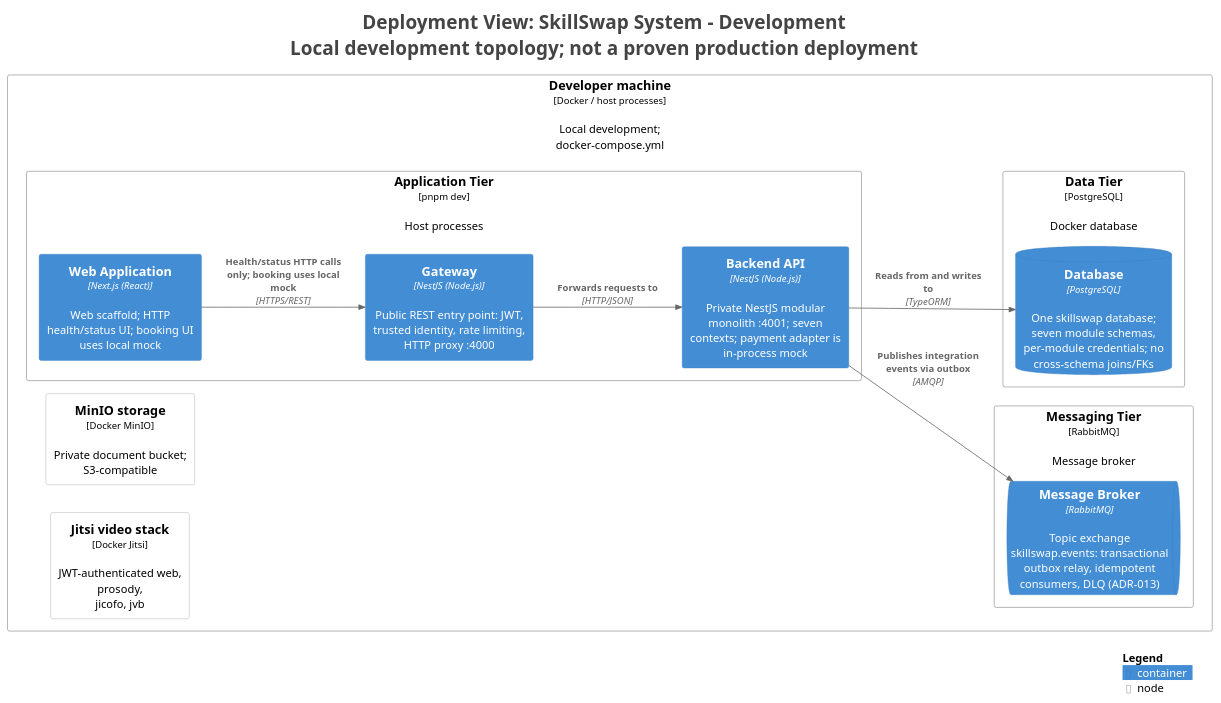
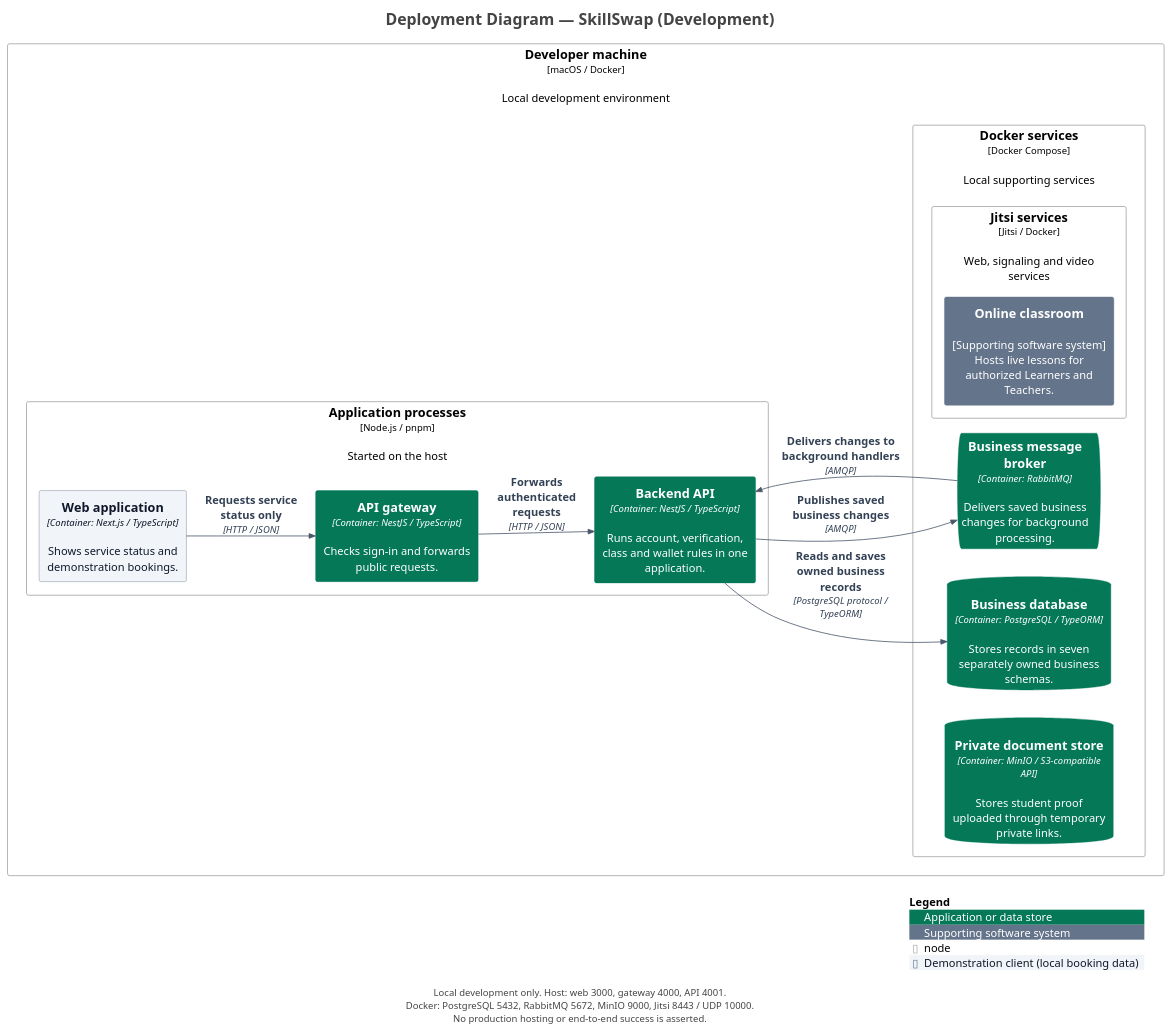
Before and after one commit to trankien022/SkillSwap: the diagram in docs/diagrams/c4/source/structurizr-Deployment.puml, drawn with PlantUML. The commit also changed 62 other files, not shown here.

First line of the commit message:
docs(diagrams): refresh diagrams against current code

```diff
--- a/docs/diagrams/c4/source/structurizr-Deployment.puml
+++ b/docs/diagrams/c4/source/structurizr-Deployment.puml
@@ -1,45 +1,61 @@
 @startuml
-title <size:24>Deployment View: SkillSwap System - Development</size>\n<size:24>Local development topology; not a proven production deployment</size>
+title Deployment Diagram — SkillSwap (Development)
 
 set separator none
 left to right direction
 
 <style>
   root {
     BackgroundColor: #ffffff
     FontColor: #444444
   }
 </style>
 
 !include <C4/C4>
 !include <C4/C4_Context>
 !include <C4/C4_Container>
 !include <C4/C4_Deployment>
 
-Deployment_Node(Development.Developermachine, "Developer machine", $type="Docker / host processes", $descr="Local development; docker-compose.yml", $tags="", $link="") {
-  Deployment_Node(Development.Developermachine.ApplicationTier, "Application Tier", $type="pnpm dev", $descr="Host processes", $tags="", $link="") {
-    Container(Development.Developermachine.ApplicationTier.WebApplication_1, "Web Application", $techn="Next.js (React)", $descr="Web scaffold; HTTP health/status UI; booking UI uses local mock", $tags="", $link="")
-    Container(Development.Developermachine.ApplicationTier.Gateway_1, "Gateway", $techn="NestJS (Node.js)", $descr="Public REST entry point: JWT, trusted identity, rate limiting, HTTP proxy :4000", $tags="", $link="")
-    Container(Development.Developermachine.ApplicationTier.BackendAPI_1, "Backend API", $techn="NestJS (Node.js)", $descr="Private NestJS modular monolith :4001; seven contexts; payment adapter is in-process mock", $tags="", $link="")
+' Presentation only: model elements and relationships come from workspace.dsl.
+skinparam defaultFontName Arial
+skinparam defaultFontSize 14
+skinparam shadowing false
+skinparam nodesep 35
+skinparam ranksep 45
+skinparam footerFontSize 12
+skinparam titleFontSize 20
+UpdateElementStyle("person", $bgColor="#0F172A", $fontColor="#FFFFFF", $borderColor="#0F172A", $legendText="Person")
+UpdateElementStyle("system", $bgColor="#047857", $fontColor="#FFFFFF", $borderColor="#047857", $legendText="Software system in scope")
+UpdateElementStyle("external_system", $bgColor="#64748B", $fontColor="#FFFFFF", $borderColor="#64748B", $legendText="Supporting software system")
+UpdateElementStyle("container", $bgColor="#047857", $fontColor="#FFFFFF", $borderColor="#047857", $legendText="Application or data store")
+UpdateRelStyle($lineColor="#475569", $textColor="#334155")
+AddElementTag("Demo", $bgColor="#F1F5F9", $fontColor="#0F172A", $borderColor="#64748B", $legendText="Demonstration client (local booking data)")
+
+Deployment_Node(Development.Developermachine, "Developer machine", $type="macOS / Docker", $descr="Local development environment", $tags="", $link="") {
+  Deployment_Node(Development.Developermachine.Applicationprocesses, "Application processes", $type="Node.js / pnpm", $descr="Started on the host", $tags="", $link="") {
+    Container(Development.Developermachine.Applicationprocesses.Webapplication_1, "Web application", $techn="Container: Next.js / TypeScript", $descr="Shows service status and demonstration bookings.", $tags="Demo", $link="")
+    Container(Development.Developermachine.Applicationprocesses.APIgateway_1, "API gateway", $techn="Container: NestJS / TypeScript", $descr="Checks sign-in and forwards public requests.", $tags="", $link="")
+    Container(Development.Developermachine.Applicationprocesses.BackendAPI_1, "Backend API", $techn="Container: NestJS / TypeScript", $descr="Runs account, verification, class and wallet rules in one application.", $tags="", $link="")
   }
 
-  Deployment_Node(Development.Developermachine.MessagingTier, "Messaging Tier", $type="RabbitMQ", $descr="Message broker", $tags="", $link="") {
-    ContainerQueue(Development.Developermachine.MessagingTier.MessageBroker_1, "Message Broker", $techn="RabbitMQ", $descr="Topic exchange skillswap.events: transactional outbox relay, idempotent consumers, DLQ (ADR-013)", $tags="", $link="")
-  }
+  Deployment_Node(Development.Developermachine.Dockerservices, "Docker services", $type="Docker Compose", $descr="Local supporting services", $tags="", $link="") {
+    ContainerDb(Development.Developermachine.Dockerservices.Businessdatabase_1, "Business database", $techn="Container: PostgreSQL / TypeORM", $descr="Stores records in seven separately owned business schemas.", $tags="", $link="")
+    ContainerQueue(Development.Developermachine.Dockerservices.Businessmessagebroker_1, "Business message broker", $techn="Container: RabbitMQ", $descr="Delivers saved business changes for background processing.", $tags="", $link="")
+    ContainerDb(Development.Developermachine.Dockerservices.Privatedocumentstore_1, "Private document store", $techn="Container: MinIO / S3-compatible API", $descr="Stores student proof uploaded through temporary private links.", $tags="", $link="")
+    Deployment_Node(Development.Developermachine.Dockerservices.Jitsiservices, "Jitsi services", $type="Jitsi / Docker", $descr="Web, signaling and video services", $tags="", $link="") {
+      System_Ext(Development.Developermachine.Dockerservices.Jitsiservices.Onlineclassroom_1, "Online classroom", $descr="[Supporting software system]\nHosts live lessons for authorized Learners and Teachers.", $tags="", $link="")
+    }
 
-  Deployment_Node(Development.Developermachine.MinIOstorage, "MinIO storage", $type="Docker MinIO", $descr="Private document bucket; S3-compatible", $tags="", $link="")
-  Deployment_Node(Development.Developermachine.Jitsivideostack, "Jitsi video stack", $type="Docker Jitsi", $descr="JWT-authenticated web, prosody, jicofo, jvb", $tags="", $link="")
-  Deployment_Node(Development.Developermachine.DataTier, "Data Tier", $type="PostgreSQL", $descr="Docker database", $tags="", $link="") {
-    ContainerDb(Development.Developermachine.DataTier.Database_1, "Database", $techn="PostgreSQL", $descr="One skillswap database; seven module schemas, per-module credentials; no cross-schema joins/FKs", $tags="", $link="")
   }
 
 }
 
-Rel(Development.Developermachine.ApplicationTier.WebApplication_1, Development.Developermachine.ApplicationTier.Gateway_1, "Health/status HTTP calls only; booking uses local mock", $techn="HTTPS/REST", $tags="", $link="")
-Rel(Development.Developermachine.ApplicationTier.Gateway_1, Development.Developermachine.ApplicationTier.BackendAPI_1, "Forwards requests to", $techn="HTTP/JSON", $tags="", $link="")
-Rel(Development.Developermachine.ApplicationTier.BackendAPI_1, Development.Developermachine.MessagingTier.MessageBroker_1, "Publishes integration events via outbox", $techn="AMQP", $tags="", $link="")
-Rel(Development.Developermachine.ApplicationTier.BackendAPI_1, Development.Developermachine.DataTier.Database_1, "Reads from and writes to", $techn="TypeORM", $tags="", $link="")
+Rel(Development.Developermachine.Applicationprocesses.Webapplication_1, Development.Developermachine.Applicationprocesses.APIgateway_1, "Requests service status only", $techn="HTTP / JSON", $tags="", $link="")
+Rel(Development.Developermachine.Applicationprocesses.APIgateway_1, Development.Developermachine.Applicationprocesses.BackendAPI_1, "Forwards authenticated requests", $techn="HTTP / JSON", $tags="", $link="")
+Rel(Development.Developermachine.Applicationprocesses.BackendAPI_1, Development.Developermachine.Dockerservices.Businessdatabase_1, "Reads and saves owned business records", $techn="PostgreSQL protocol / TypeORM", $tags="", $link="")
+Rel(Development.Developermachine.Dockerservices.Businessmessagebroker_1, Development.Developermachine.Applicationprocesses.BackendAPI_1, "Delivers changes to background handlers", $techn="AMQP", $tags="", $link="")
+Rel(Development.Developermachine.Applicationprocesses.BackendAPI_1, Development.Developermachine.Dockerservices.Businessmessagebroker_1, "Publishes saved business changes", $techn="AMQP", $tags="", $link="")
 
-SHOW_LEGEND(true)
-hide stereotypes
+SHOW_LEGEND()
+footer Local development only. Host: web 3000, gateway 4000, API 4001.\nDocker: PostgreSQL 5432, RabbitMQ 5672, MinIO 9000, Jitsi 8443 / UDP 10000.\nNo production hosting or end-to-end success is asserted.
 @enduml
```
